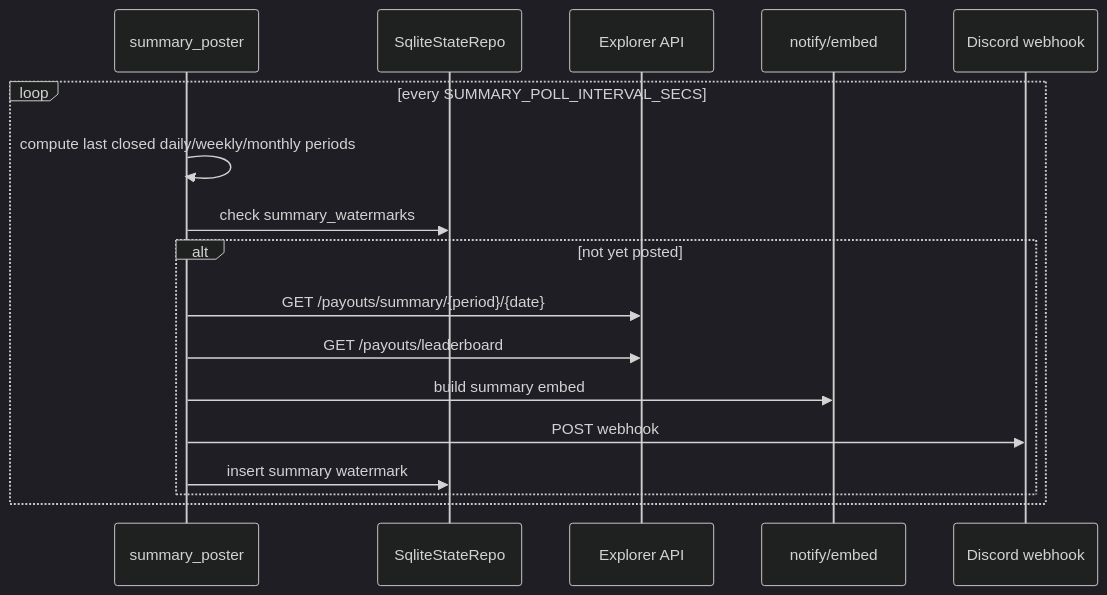
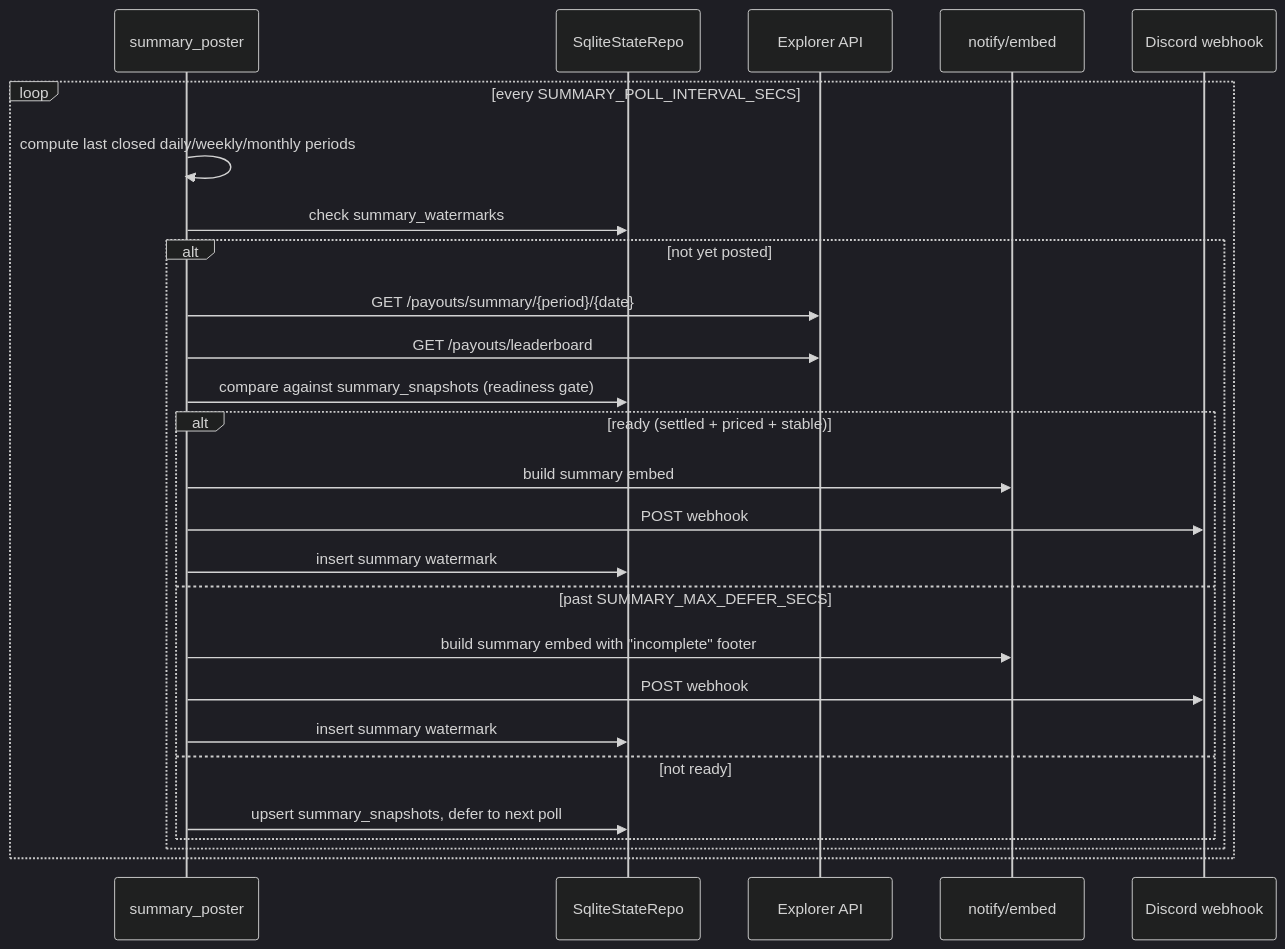
The fifth of 10 diagrams in docs/design-docs/architecture.md (Cloud-SPE/livepeer-network-bot), drawn with Mermaid (dark theme) before and after one commit. The commit also changed other lines of this file and 8 other files, not shown here.

````diff
--- a/docs/design-docs/architecture.md
+++ b/docs/design-docs/architecture.md
@@ -240,20 +249,29 @@
 ```mermaid
 sequenceDiagram
     participant Summary as summary_poster
     participant State as SqliteStateRepo
     participant Explorer as Explorer API
     participant Notify as notify/embed
     participant Discord as Discord webhook
 
     loop every SUMMARY_POLL_INTERVAL_SECS
         Summary->>Summary: compute last closed daily/weekly/monthly periods
         Summary->>State: check summary_watermarks
         alt not yet posted
             Summary->>Explorer: GET /payouts/summary/{period}/{date}
             Summary->>Explorer: GET /payouts/leaderboard
-            Summary->>Notify: build summary embed
-            Summary->>Discord: POST webhook
-            Summary->>State: insert summary watermark
+            Summary->>State: compare against summary_snapshots (readiness gate)
+            alt ready (settled + priced + stable)
+                Summary->>Notify: build summary embed
+                Summary->>Discord: POST webhook
+                Summary->>State: insert summary watermark
+            else past SUMMARY_MAX_DEFER_SECS
+                Summary->>Notify: build summary embed with "incomplete" footer
+                Summary->>Discord: POST webhook
+                Summary->>State: insert summary watermark
+            else not ready
+                Summary->>State: upsert summary_snapshots, defer to next poll
+            end
         end
     end
 ```
````
